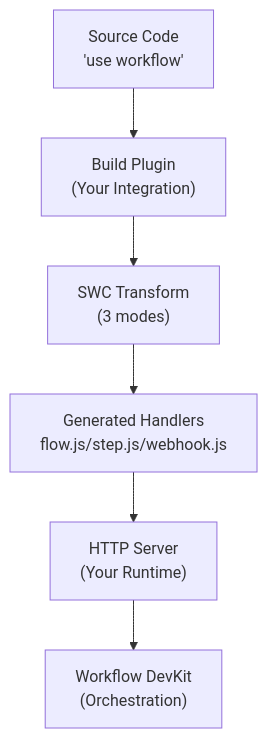
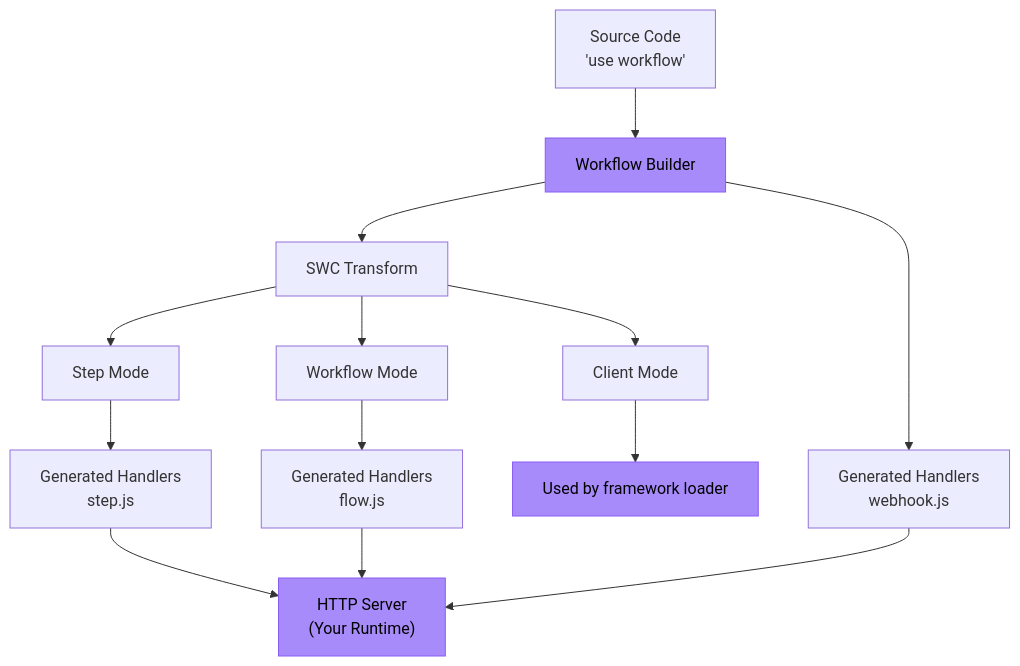
One commit to vercel/workflow changed the diagram in docs/content/docs/how-it-works/framework-integrations.mdx. Above: the diagram before and after it, drawn with Mermaid. The commit also changed other lines of this file, not shown here.

Commit message:
Improve framework integrations doc

````diff
--- a/docs/content/docs/how-it-works/framework-integrations.mdx
+++ b/docs/content/docs/how-it-works/framework-integrations.mdx
@@ -28,8 +26,19 @@
 ```mermaid
 flowchart TD
-    A["Source Code<br/>'use workflow'"] --> B["Build Plugin<br/>(Your Integration)"]
-    B --> C["SWC Transform<br/>(3 modes)"]
-    C --> D["Generated Handlers<br/>flow.js/step.js/webhook.js"]
-    D --> E["HTTP Server<br/>(Your Runtime)"]
-    E --> F["Workflow DevKit<br/>(Orchestration)"]
+    A["Source Code<br/>'use workflow'"] --> B["Workflow Builder"]
+    B --> C["SWC Transform"]
+    C --> D["Step Mode"]
+    C --> E["Workflow Mode"]
+    C --> F["Client Mode"]
+    D --> G["Generated Handlers<br/>step.js"]
+    E --> H["Generated Handlers<br/>flow.js"]
+    B --> L["Generated Handlers<br/>webhook.js"]
+    F --> I["Used by framework loader"]
+    G --> J["HTTP Server<br/>(Your Runtime)"]
+    H --> J
+    L --> J
+
+    style B fill:#a78bfa,stroke:#8b5cf6,color:#000
+    style I fill:#a78bfa,stroke:#8b5cf6,color:#000
+    style J fill:#a78bfa,stroke:#8b5cf6,color:#000
 ```
````
